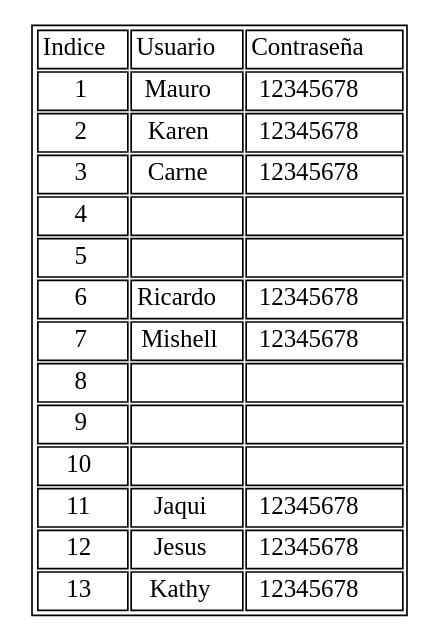
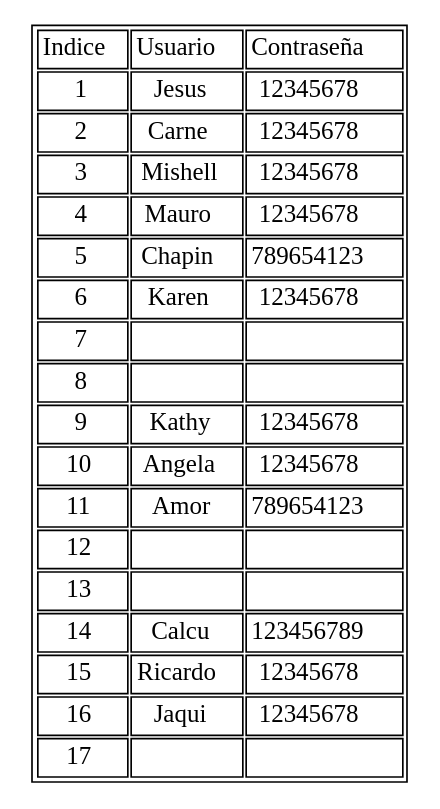
Before and after one commit to fraced97/EDD_2S2019_PY2_201700350: the diagram in HashTable.dot, drawn with Graphviz. The commit also changed 3 other files, not shown here.

```diff
--- a/HashTable.dot
+++ b/HashTable.dot
@@ -1,156 +1,200 @@
 digraph test {
     graph [ratio=fill];
     node [label="\N", fontsize=15, shape=plaintext];
     arset [label=<
         <TABLE ALIGN="LEFT">
             <TR>
                 <TD>Indice</TD>
                 <TD>Usuario</TD>
 	      <TD>Contraseña</TD>
             </TR>
 <TR>
 <TD>
 1
 </TD>
 <TD>
-Mauro
+Jesus
 </TD>
 <TD>
 12345678
 </TD>
 </TR>
 <TR>
 <TD>
 2
 </TD>
 <TD>
-Karen
+Carne
 </TD>
 <TD>
 12345678
 </TD>
 </TR>
 <TR>
 <TD>
 3
 </TD>
 <TD>
-Carne
+Mishell
 </TD>
 <TD>
 12345678
 </TD>
 </TR>
 <TR>
 <TD>
 4
 </TD>
 <TD>
-
+Mauro
 </TD>
 <TD>
-
+12345678
 </TD>
 </TR>
 <TR>
 <TD>
 5
 </TD>
 <TD>
-
+Chapin
 </TD>
 <TD>
-
+789654123
 </TD>
 </TR>
 <TR>
 <TD>
 6
 </TD>
 <TD>
-Ricardo
+Karen
 </TD>
 <TD>
 12345678
 </TD>
 </TR>
 <TR>
 <TD>
 7
 </TD>
 <TD>
-Mishell
+
 </TD>
 <TD>
-12345678
+
 </TD>
 </TR>
 <TR>
 <TD>
 8
 </TD>
 <TD>
 
 </TD>
 <TD>
 
 </TD>
 </TR>
 <TR>
 <TD>
 9
 </TD>
 <TD>
-
+Kathy
 </TD>
 <TD>
-
+12345678
 </TD>
 </TR>
 <TR>
 <TD>
 10
+</TD>
+<TD>
+Angela
+</TD>
+<TD>
+12345678
+</TD>
+</TR>
+<TR>
+<TD>
+11
+</TD>
+<TD>
+Amor
+</TD>
+<TD>
+789654123
+</TD>
+</TR>
+<TR>
+<TD>
+12
 </TD>
 <TD>
 
 </TD>
 <TD>
 
 </TD>
 </TR>
 <TR>
 <TD>
-11
+13
+</TD>
+<TD>
+
+</TD>
+<TD>
+
+</TD>
+</TR>
+<TR>
+<TD>
+14
+</TD>
+<TD>
+Calcu
+</TD>
+<TD>
+123456789
+</TD>
+</TR>
+<TR>
+<TD>
+15
+</TD>
+<TD>
+Ricardo
+</TD>
+<TD>
+12345678
+</TD>
+</TR>
+<TR>
+<TD>
+16
 </TD>
 <TD>
 Jaqui
 </TD>
 <TD>
 12345678
 </TD>
 </TR>
 <TR>
 <TD>
-12
+17
 </TD>
 <TD>
-Jesus
+
 </TD>
 <TD>
-12345678
-</TD>
-</TR>
-<TR>
-<TD>
-13
-</TD>
-<TD>
-Kathy
-</TD>
-<TD>
-12345678
+
 </TD>
 </TR>
  </TABLE>
     >, ];
 }
```
